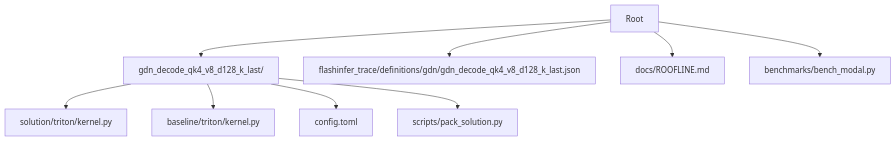
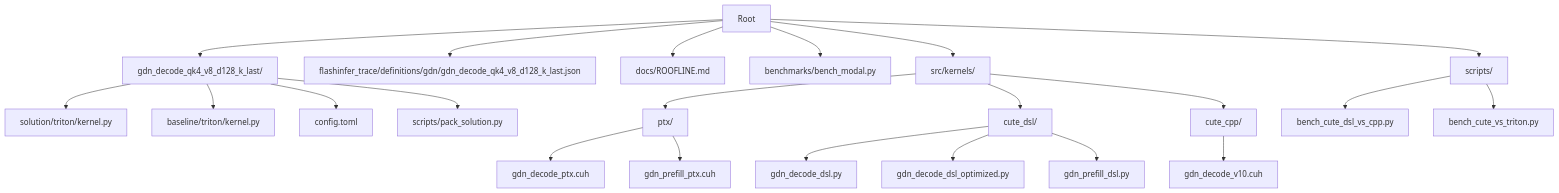
The first of 4 diagrams in .qoder/repowiki/en/content/Core Kernels/GDN Decode Kernel.md (gugudeshubao/flashinfer-bench-tma-thrust), drawn with Mermaid before and after one commit. The commit also changed other lines of this file and 19 other files, not shown here.

````diff
--- a/.qoder/repowiki/en/content/Core Kernels/GDN Decode Kernel.md
+++ b/.qoder/repowiki/en/content/Core Kernels/GDN Decode Kernel.md
@@ -30,11 +50,24 @@
 ```mermaid
 graph TB
 A["Root"] --> B["gdn_decode_qk4_v8_d128_k_last/"]
 B --> C["solution/triton/kernel.py"]
 B --> D["baseline/triton/kernel.py"]
 B --> E["config.toml"]
 B --> F["scripts/pack_solution.py"]
 A --> G["flashinfer_trace/definitions/gdn/gdn_decode_qk4_v8_d128_k_last.json"]
 A --> H["docs/ROOFLINE.md"]
 A --> I["benchmarks/bench_modal.py"]
+A --> J["src/kernels/"]
+J --> K["ptx/"]
+K --> L["gdn_decode_ptx.cuh"]
+K --> M["gdn_prefill_ptx.cuh"]
+J --> N["cute_dsl/"]
+N --> O["gdn_decode_dsl.py"]
+N --> P["gdn_decode_dsl_optimized.py"]
+N --> Q["gdn_prefill_dsl.py"]
+J --> R["cute_cpp/"]
+R --> S["gdn_decode_v10.cuh"]
+A --> T["scripts/"]
+T --> U["bench_cute_dsl_vs_cpp.py"]
+T --> V["bench_cute_vs_triton.py"]
 ```
````
